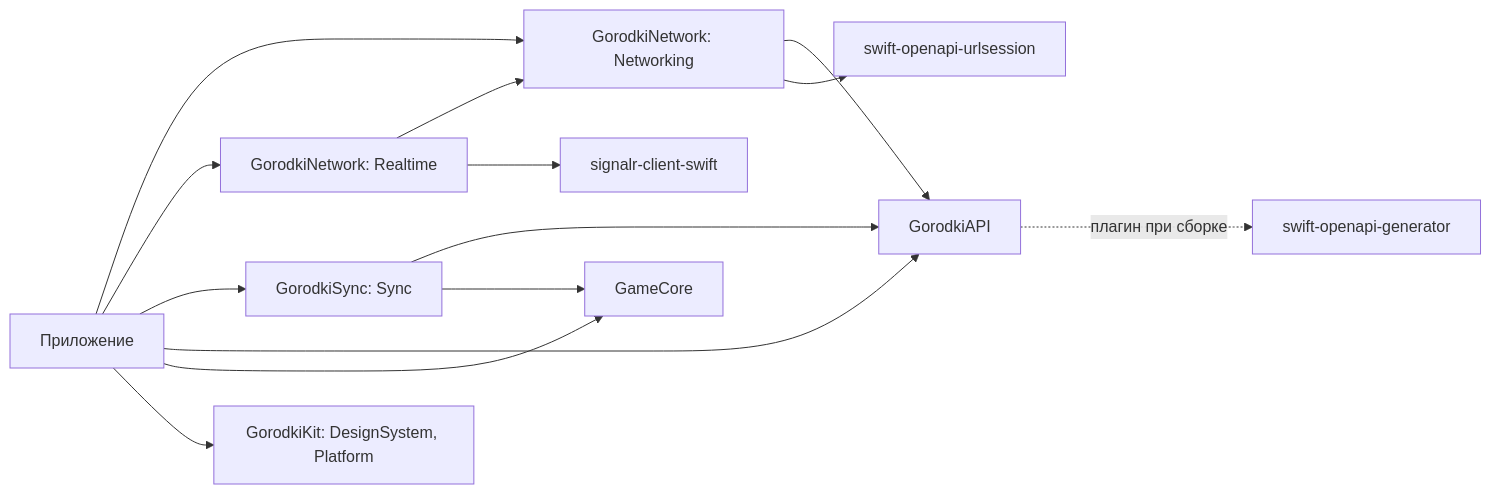
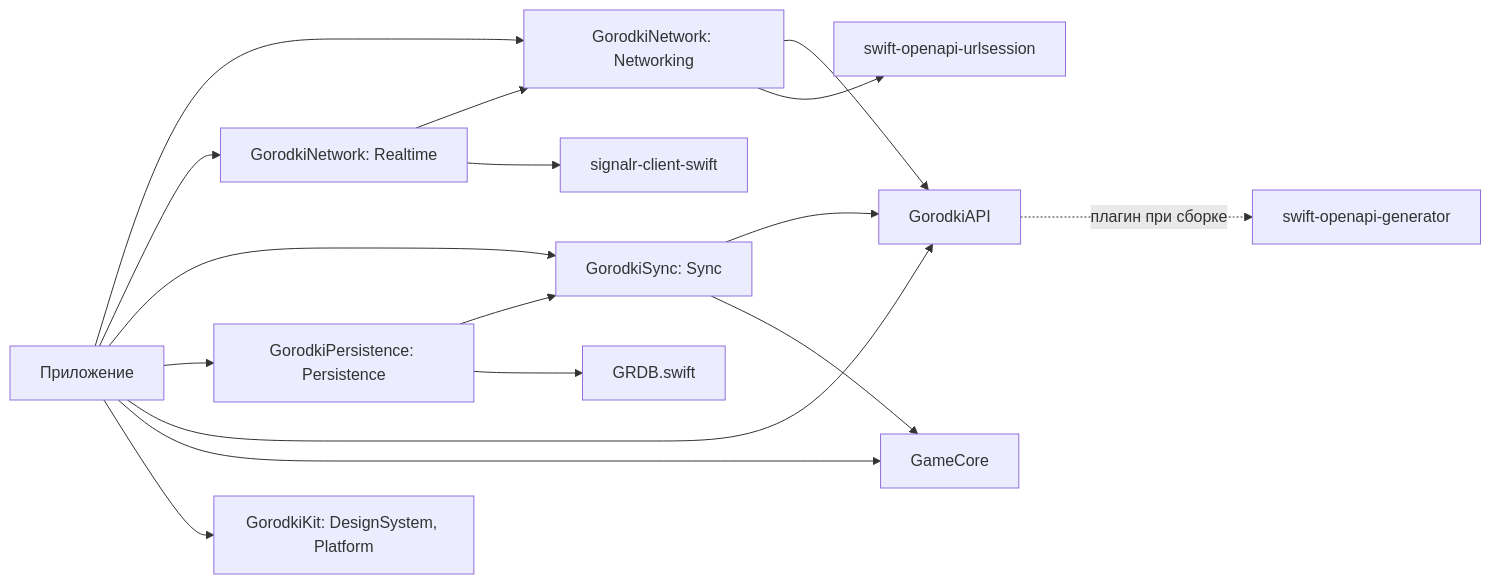
The first of 2 diagrams in docs/architecture/ios-app.md (Nikich196/gorodki), drawn with Mermaid before and after one commit. The commit also changed other lines of this file and 3 other files, not shown here.

````diff
--- a/docs/architecture/ios-app.md
+++ b/docs/architecture/ios-app.md
@@ -9,16 +9,19 @@
 ```mermaid
 flowchart LR
     App[Приложение] --> Net[GorodkiNetwork: Networking]
     App --> RT[GorodkiNetwork: Realtime]
     RT --> Net
     RT --> SR[signalr-client-swift]
     App --> Sync[GorodkiSync: Sync]
+    App --> Pers[GorodkiPersistence: Persistence]
+    Pers --> Sync
+    Pers --> GRDB[GRDB.swift]
     App --> API[GorodkiAPI]
     App --> Core[GameCore]
     App --> Kit[GorodkiKit: DesignSystem, Platform]
     Net --> API
     Sync --> API
     Sync --> Core
     API -.плагин при сборке.-> Gen[swift-openapi-generator]
     Net --> URLS[swift-openapi-urlsession]
 ```
````
